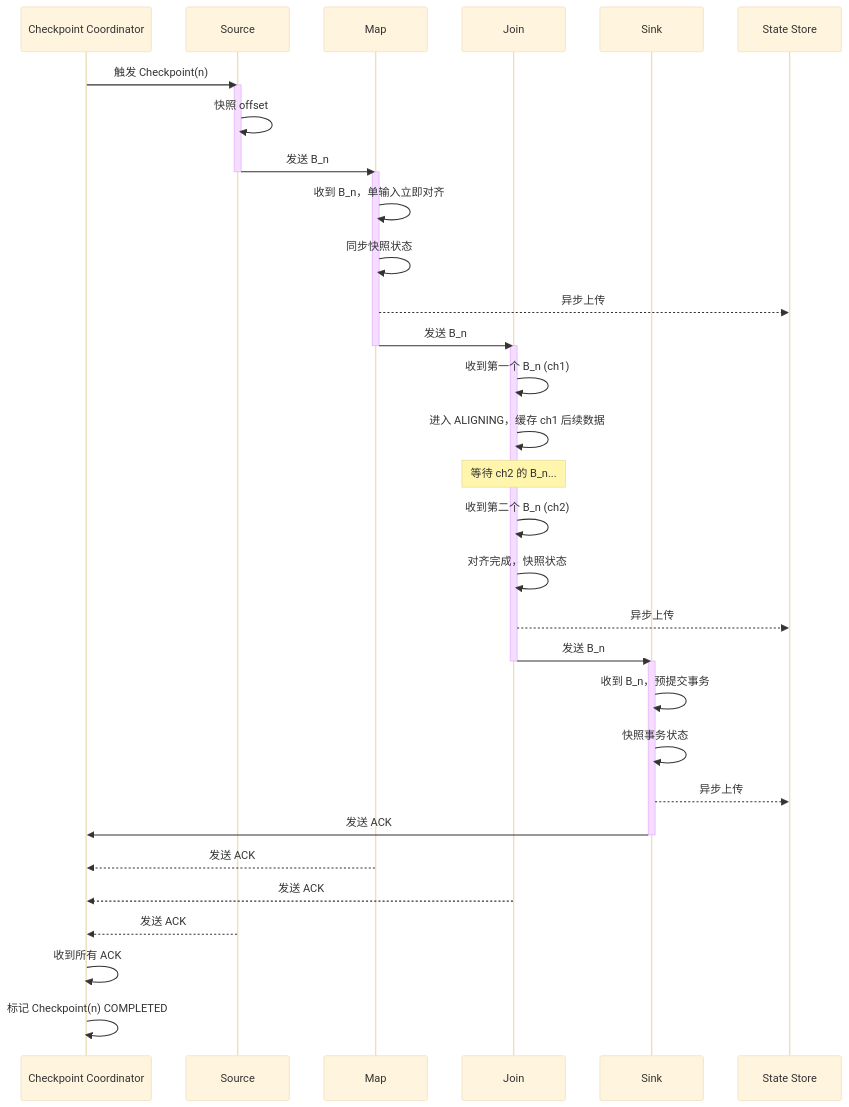
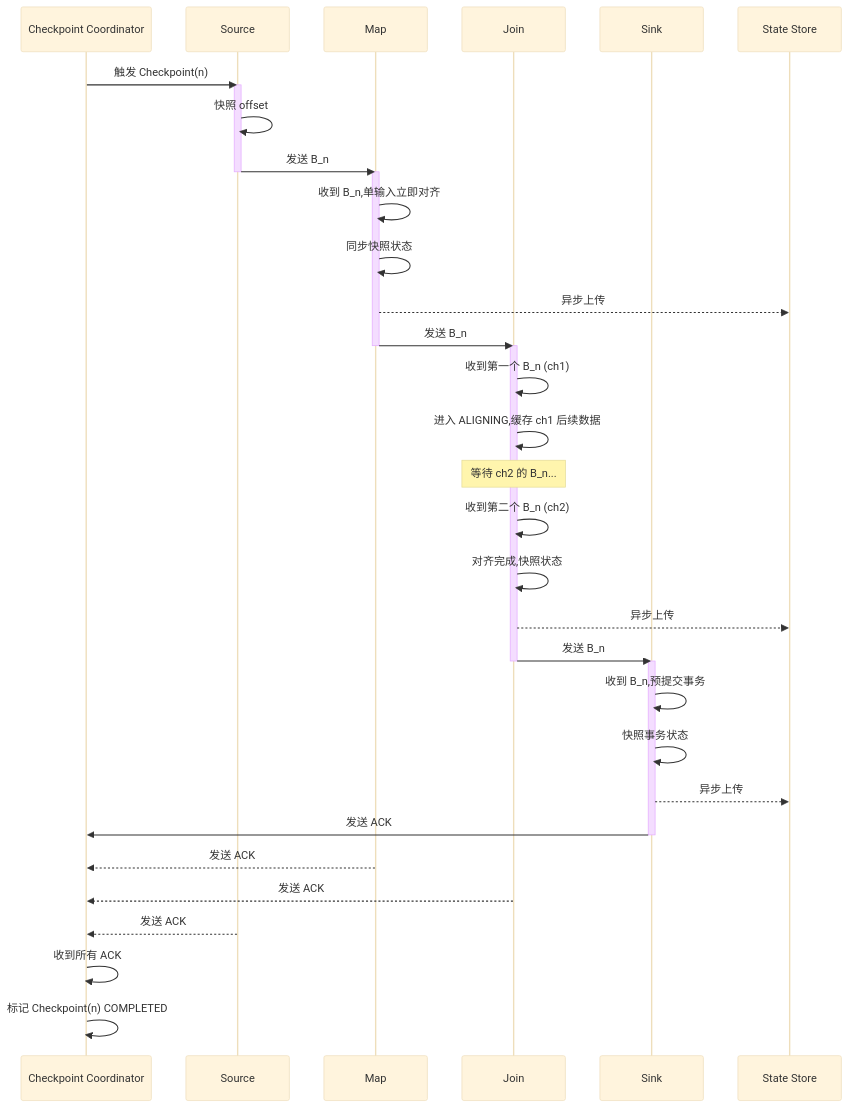
One commit to AdaMartin18010/AnalysisDataFlow changed the third of 3 diagrams in Struct/04-proofs/04.01-flink-checkpoint-correctness.md. Above: the diagram before and after it, drawn with Mermaid (base theme). The commit also changed other lines of this file and 634 other files, not shown here.

````diff
--- a/Struct/04-proofs/04.01-flink-checkpoint-correctness.md
+++ b/Struct/04-proofs/04.01-flink-checkpoint-correctness.md
@@ -1016,46 +1016,46 @@
 ```mermaid
 sequenceDiagram
     participant C as Checkpoint Coordinator
     participant S as Source
     participant M as Map
     participant J as Join
     participant K as Sink
     participant Store as State Store
 
     C->>S: 触发 Checkpoint(n)
     activate S
     S->>S: 快照 offset
     S->>M: 发送 B_n
     deactivate S
 
     activate M
-    M->>M: 收到 B_n，单输入立即对齐
+    M->>M: 收到 B_n,单输入立即对齐
     M->>M: 同步快照状态
     M-->>Store: 异步上传
     M->>J: 发送 B_n
     deactivate M
 
     activate J
     J->>J: 收到第一个 B_n (ch1)
-    J->>J: 进入 ALIGNING，缓存 ch1 后续数据
+    J->>J: 进入 ALIGNING,缓存 ch1 后续数据
     Note over J: 等待 ch2 的 B_n...
     J->>J: 收到第二个 B_n (ch2)
-    J->>J: 对齐完成，快照状态
+    J->>J: 对齐完成,快照状态
     J-->>Store: 异步上传
     J->>K: 发送 B_n
     deactivate J
 
     activate K
-    K->>K: 收到 B_n，预提交事务
+    K->>K: 收到 B_n,预提交事务
     K->>K: 快照事务状态
     K-->>Store: 异步上传
     K->>C: 发送 ACK
     deactivate K
 
     M-->>C: 发送 ACK
     J-->>C: 发送 ACK
     S-->>C: 发送 ACK
 
     C->>C: 收到所有 ACK
     C->>C: 标记 Checkpoint(n) COMPLETED
 ```
````
